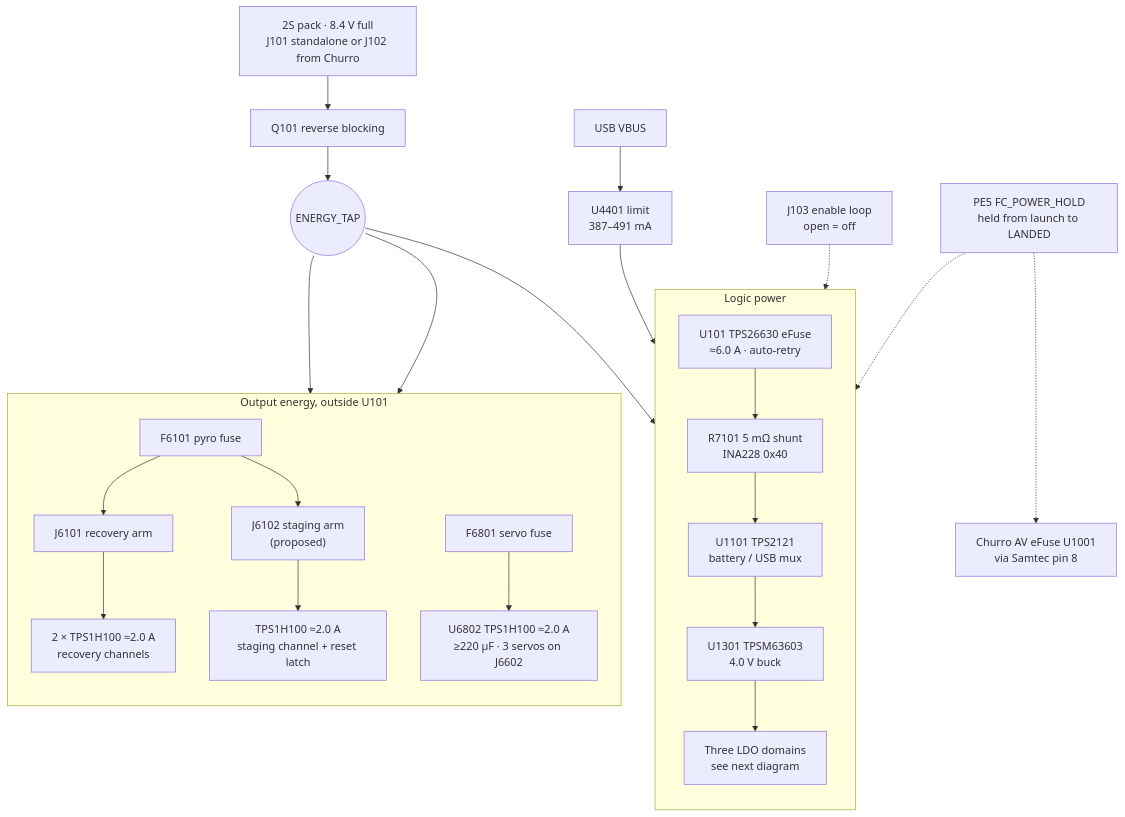
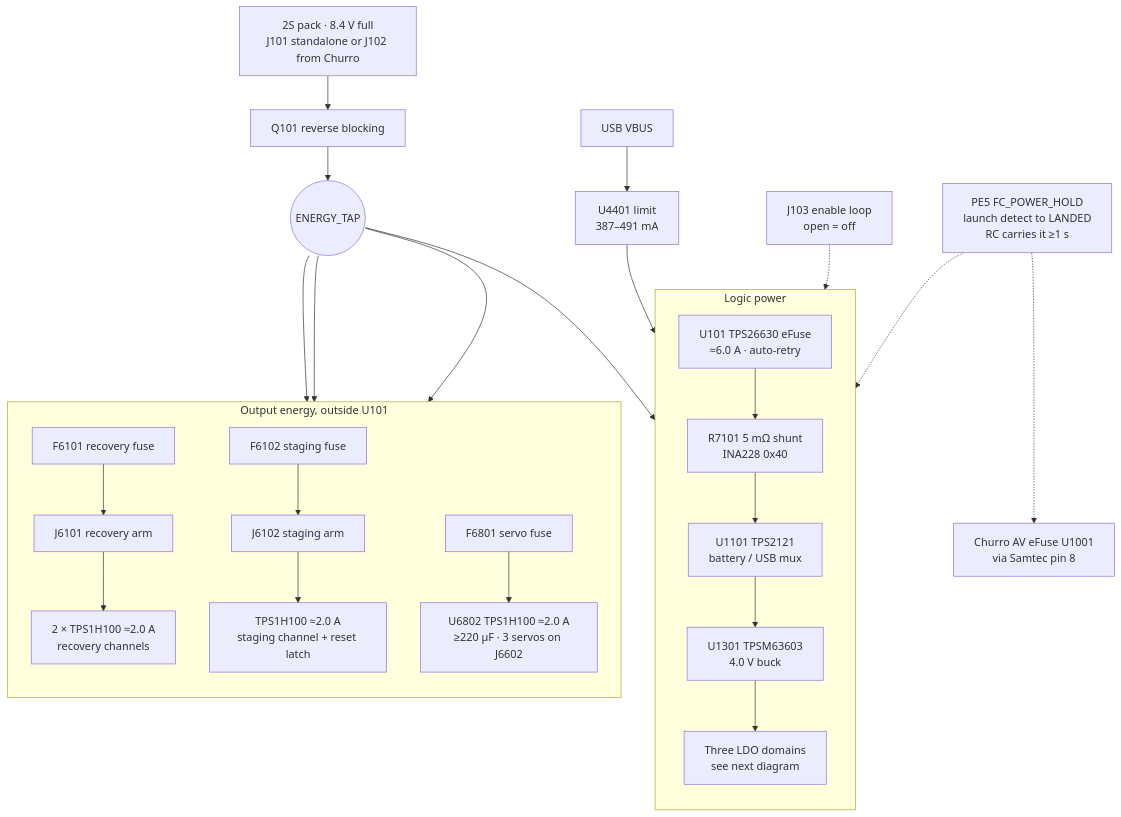
The first of 2 diagrams in docs/architecture/02-power.md (ULAS-HiPR/Ogma2), drawn with Mermaid before and after one commit. The commit also changed other lines of this file and 32 other files, not shown here.

````diff
--- a/docs/architecture/02-power.md
+++ b/docs/architecture/02-power.md
@@ -12,39 +15,40 @@
 ```mermaid
 flowchart TB
   BAT["2S pack · 8.4 V full
 J101 standalone or J102 from Churro"] --> Q["Q101 reverse blocking"]
   Q --> TAP(("ENERGY_TAP"))
   subgraph LOGIC["Logic power"]
     direction TB
     U101["U101 TPS26630 eFuse
 ≈6.0 A · auto-retry"] --> SH["R7101 5 mΩ shunt
 INA228 0x40"]
     SH --> MUX["U1101 TPS2121
 battery / USB mux"]
     MUX --> BUCK["U1301 TPSM63603
 4.0 V buck"]
     BUCK --> DOM["Three LDO domains
 see next diagram"]
   end
   subgraph ENERGY["Output energy, outside U101"]
     direction TB
-    F61["F6101 pyro fuse"] --> ARM["J6101 recovery arm"] --> PY["2 × TPS1H100 ≈2.0 A
+    F61["F6101 recovery fuse"] --> ARM["J6101 recovery arm"] --> PY["2 × TPS1H100 ≈2.0 A
 recovery channels"]
-    F61 --> ARM3["J6102 staging arm
-(proposed)"] --> PY3["TPS1H100 ≈2.0 A
+    F62["F6102 staging fuse"] --> ARM3["J6102 staging arm"] --> PY3["TPS1H100 ≈2.0 A
 staging channel + reset latch"]
     F68["F6801 servo fuse"] --> SV["U6802 TPS1H100 ≈2.0 A
 ≥220 µF · 3 servos on J6602"]
   end
   TAP --> U101
   TAP --> F61
+  TAP --> F62
   TAP --> F68
   USB["USB VBUS"] --> UL["U4401 limit
 387–491 mA"] --> MUX
   J103["J103 enable loop
 open = off"] -.-> U101
   HOLD["PE5 FC_POWER_HOLD
-held from launch to LANDED"] -.-> U101
+launch detect to LANDED
+RC carries it ≥1 s"] -.-> U101
   HOLD -.-> CHU["Churro AV eFuse U1001
 via Samtec pin 8"]
 ```
````
